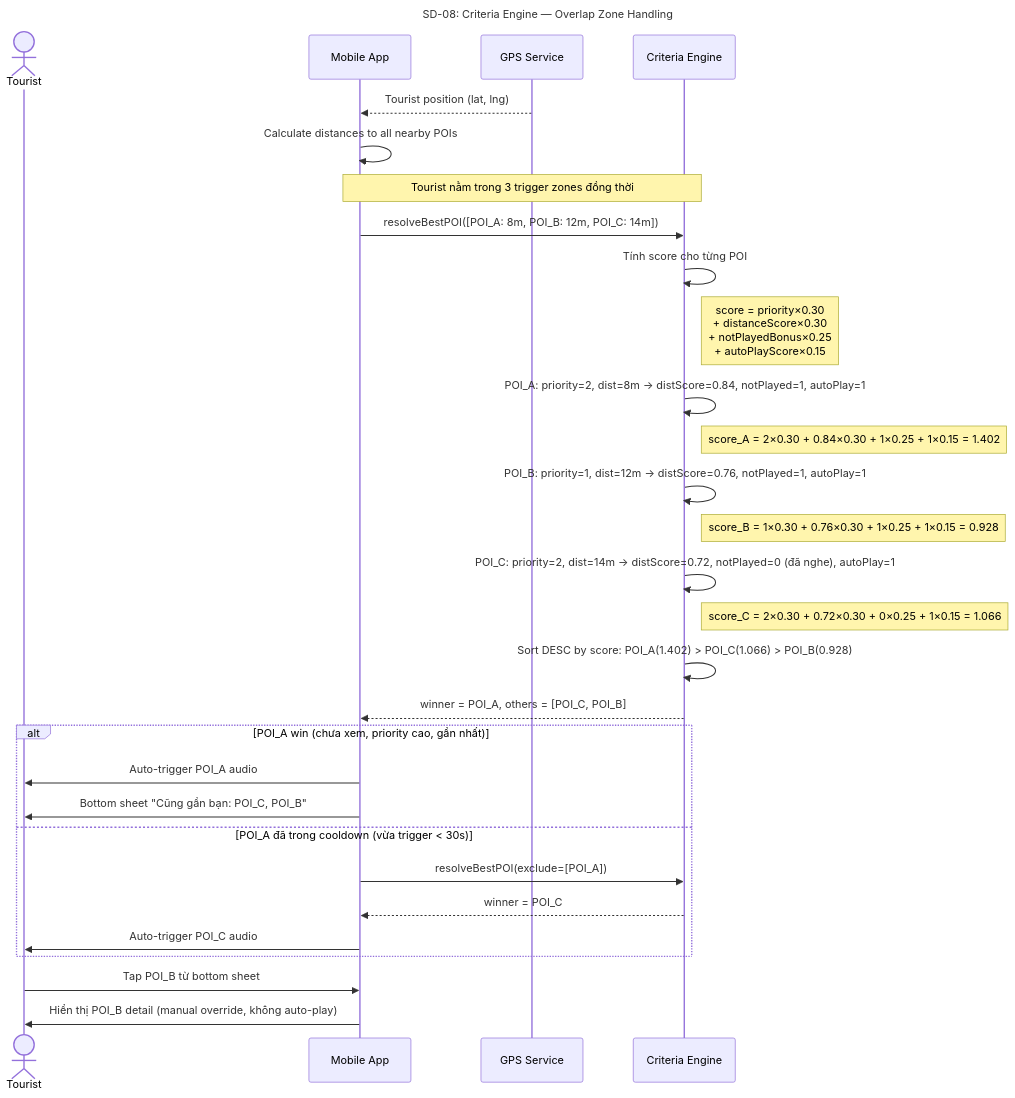
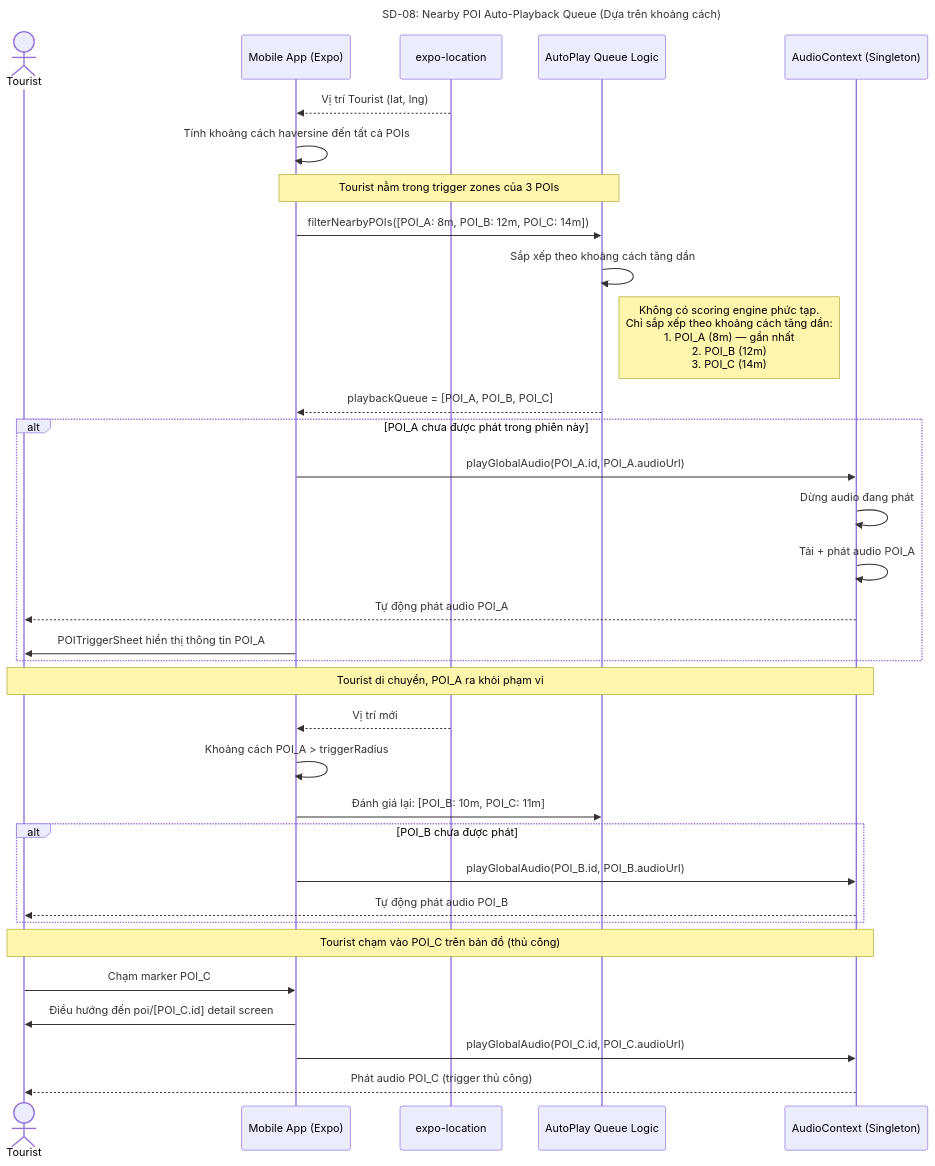
The eighth of 28 diagrams in docs/step3_prd/15_sequence_diagrams.md (Ttuandatt/Seminar), drawn with Mermaid before and after one commit. The commit also changed other lines of this file and 19 other files, not shown here.

````diff
--- a/docs/step3_prd/15_sequence_diagrams.md
+++ b/docs/step3_prd/15_sequence_diagrams.md
@@ -387,42 +425,44 @@
 ```mermaid
 sequenceDiagram
-    title SD-08: Criteria Engine — Overlap Zone Handling
+    title SD-08: Nearby POI Auto-Playback Queue (Dựa trên khoảng cách)
     actor Tourist
-    participant App as Mobile App
-    participant GPS as GPS Service
-    participant CE as Criteria Engine
+    participant App as Mobile App (Expo)
+    participant GPS as expo-location
+    participant Queue as AutoPlay Queue Logic
+    participant Audio as AudioContext (Singleton)
 
-    GPS-->>App: Tourist position (lat, lng)
-    App->>App: Calculate distances to all nearby POIs
+    GPS-->>App: Vị trí Tourist (lat, lng)
+    App->>App: Tính khoảng cách haversine đến tất cả POIs
 
-    Note over App, CE: Tourist nằm trong 3 trigger zones đồng thời
+    Note over App, Queue: Tourist nằm trong trigger zones của 3 POIs
+    App->>Queue: filterNearbyPOIs([POI_A: 8m, POI_B: 12m, POI_C: 14m])
 
-    App->>CE: resolveBestPOI([POI_A: 8m, POI_B: 12m, POI_C: 14m])
+    Queue->>Queue: Sắp xếp theo khoảng cách tăng dần
+    Note right of Queue: Không có scoring engine phức tạp.<br/>Chỉ sắp xếp theo khoảng cách tăng dần:<br/>1. POI_A (8m) — gần nhất<br/>2. POI_B (12m)<br/>3. POI_C (14m)
 
-    CE->>CE: Tính score cho từng POI
-    Note right of CE: score = priority×0.30<br/>       + distanceScore×0.30<br/>       + notPlayedBonus×0.25<br/>       + autoPlayScore×0.15
+    Queue-->>App: playbackQueue = [POI_A, POI_B, POI_C]
 
-    CE->>CE: POI_A: priority=2, dist=8m → distScore=0.84, notPlayed=1, autoPlay=1
-    Note right of CE: score_A = 2×0.30 + 0.84×0.30 + 1×0.25 + 1×0.15 = 1.402
-
-    CE->>CE: POI_B: priority=1, dist=12m → distScore=0.76, notPlayed=1, autoPlay=1
-    Note right of CE: score_B = 1×0.30 + 0.76×0.30 + 1×0.25 + 1×0.15 = 0.928
-
-    CE->>CE: POI_C: priority=2, dist=14m → distScore=0.72, notPlayed=0 (đã nghe), autoPlay=1
-    Note right of CE: score_C = 2×0.30 + 0.72×0.30 + 0×0.25 + 1×0.15 = 1.066
-
-    CE->>CE: Sort DESC by score: POI_A(1.402) > POI_C(1.066) > POI_B(0.928)
-    CE-->>App: winner = POI_A, others = [POI_C, POI_B]
-
-    alt POI_A win (chưa xem, priority cao, gần nhất)
-        App->>Tourist: Auto-trigger POI_A audio
-        App->>Tourist: Bottom sheet "Cũng gần bạn: POI_C, POI_B"
-    else POI_A đã trong cooldown (vừa trigger < 30s)
-        App->>CE: resolveBestPOI(exclude=[POI_A])
-        CE-->>App: winner = POI_C
-        App->>Tourist: Auto-trigger POI_C audio
+    alt POI_A chưa được phát trong phiên này
+        App->>Audio: playGlobalAudio(POI_A.id, POI_A.audioUrl)
+        Audio->>Audio: Dừng audio đang phát
+        Audio->>Audio: Tải + phát audio POI_A
+        Audio-->>Tourist: Tự động phát audio POI_A
+        App->>Tourist: POITriggerSheet hiển thị thông tin POI_A
     end
 
-    Tourist->>App: Tap POI_B từ bottom sheet
-    App->>Tourist: Hiển thị POI_B detail (manual override, không auto-play)
+    Note over Tourist, Audio: Tourist di chuyển, POI_A ra khỏi phạm vi
+    GPS-->>App: Vị trí mới
+    App->>App: Khoảng cách POI_A > triggerRadius
+    App->>Queue: Đánh giá lại: [POI_B: 10m, POI_C: 11m]
+
+    alt POI_B chưa được phát
+        App->>Audio: playGlobalAudio(POI_B.id, POI_B.audioUrl)
+        Audio-->>Tourist: Tự động phát audio POI_B
+    end
+
+    Note over Tourist, Audio: Tourist chạm vào POI_C trên bản đồ (thủ công)
+    Tourist->>App: Chạm marker POI_C
+    App->>Tourist: Điều hướng đến poi/[POI_C.id] detail screen
+    App->>Audio: playGlobalAudio(POI_C.id, POI_C.audioUrl)
+    Audio-->>Tourist: Phát audio POI_C (trigger thủ công)
 ```
````
